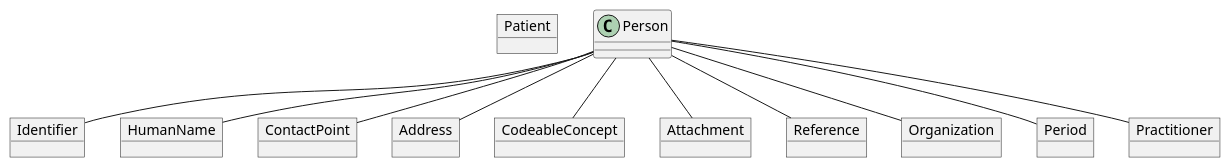
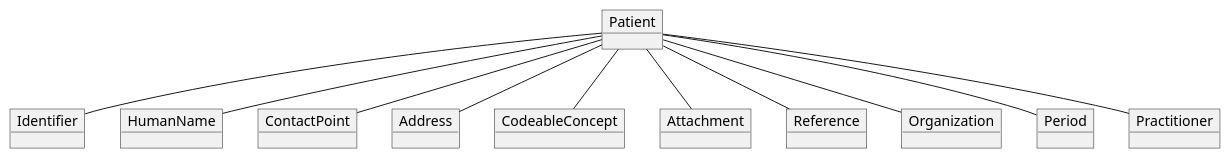
The diagram in profiles/DRAFTS/Patient.plantuml (omahoito/rfc), drawn with PlantUML before and after one commit.

```diff
--- a/profiles/DRAFTS/Patient.plantuml
+++ b/profiles/DRAFTS/Patient.plantuml
@@ -1,25 +1,25 @@
 @startuml
 object  Patient
 
 object Identifier
 object HumanName
 object ContactPoint
 object Address
 object CodeableConcept
 object Attachment
 object Reference
 object Organization
 object Period
 object Practitioner
 
-Person -- Identifier
-Person -- HumanName
-Person -- ContactPoint
-Person -- Address
-Person -- CodeableConcept
-Person -- Attachment
-Person -- Reference
-Person -- Organization
-Person -- Period
-Person -- Practitioner
+Patient -- Identifier
+Patient -- HumanName
+Patient -- ContactPoint
+Patient -- Address
+Patient -- CodeableConcept
+Patient -- Attachment
+Patient -- Reference
+Patient -- Organization
+Patient -- Period
+Patient -- Practitioner
 @enduml
```
